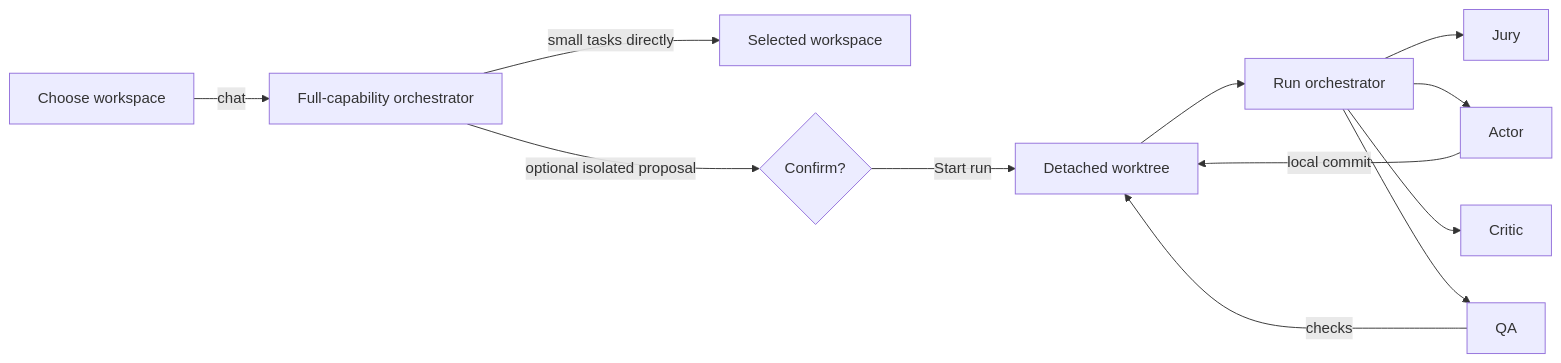
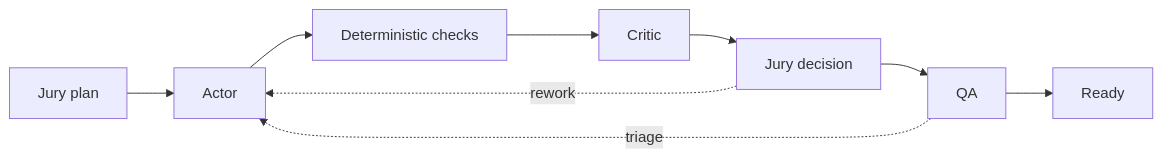
The diagram in README.md (Sidharth-Singh10/synarch), drawn with Mermaid before and after one commit. The commit also changed other lines of this file and 19 other files, not shown here.

````diff
--- a/README.md
+++ b/README.md
@@ -45,14 +37,11 @@
 ```mermaid
 flowchart LR
-  U[Choose workspace] -->|chat| P[Full-capability orchestrator]
-  P -->|small tasks directly| R[Selected workspace]
-  P -->|optional isolated proposal| C{Confirm?}
-  C -->|Start run| W[Detached worktree]
-  W --> O[Run orchestrator]
-  O --> J[Jury]
-  O --> A[Actor]
-  O --> C2[Critic]
-  O --> Q[QA]
-  A -->|local commit| W
-  Q -->|checks| W
+  J[Jury plan] --> A[Actor]
+  A --> K[Deterministic checks]
+  K --> C[Critic]
+  C --> D[Jury decision]
+  D --> Q[QA]
+  Q --> R[Ready]
+  D -.->|rework| A
+  Q -.->|triage| A
 ```
````
